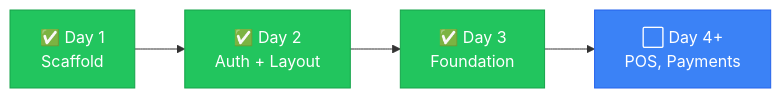
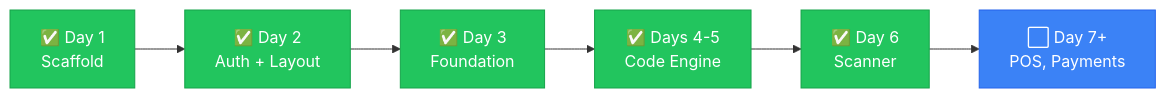
The diagram in docs/ai-collab/HANDOVER.md (nij22370/scanpay), drawn with Mermaid before and after one commit. The commit also changed other lines of this file and 8 other files, not shown here.

````diff
--- a/docs/ai-collab/HANDOVER.md
+++ b/docs/ai-collab/HANDOVER.md
@@ -9,11 +9,15 @@
 ```mermaid
 graph LR
     DONE1["✅ Day 1<br/>Scaffold"] --> DONE2["✅ Day 2<br/>Auth + Layout"]
     DONE2 --> DONE3["✅ Day 3<br/>Foundation"]
-    DONE3 --> TODO["⬜ Day 4+<br/>POS, Payments"]
+    DONE3 --> DONE4["✅ Days 4-5<br/>Code Engine"]
+    DONE4 --> DONE5["✅ Day 6<br/>Scanner"]
+    DONE5 --> TODO["⬜ Day 7+<br/>POS, Payments"]
 
     style DONE1 fill:#22c55e,stroke:#16a34a,color:#fff
     style DONE2 fill:#22c55e,stroke:#16a34a,color:#fff
     style DONE3 fill:#22c55e,stroke:#16a34a,color:#fff
+    style DONE4 fill:#22c55e,stroke:#16a34a,color:#fff
+    style DONE5 fill:#22c55e,stroke:#16a34a,color:#fff
     style TODO fill:#3b82f6,stroke:#2563eb,color:#fff
 ```
````
